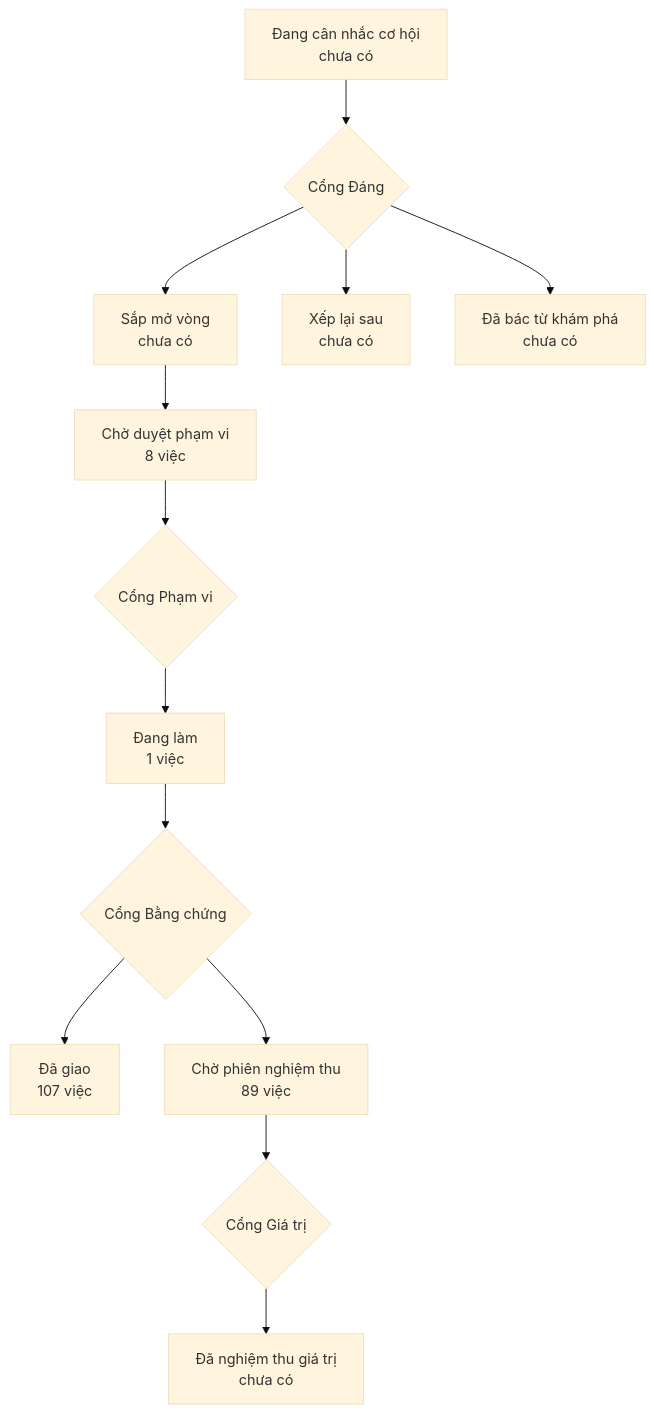
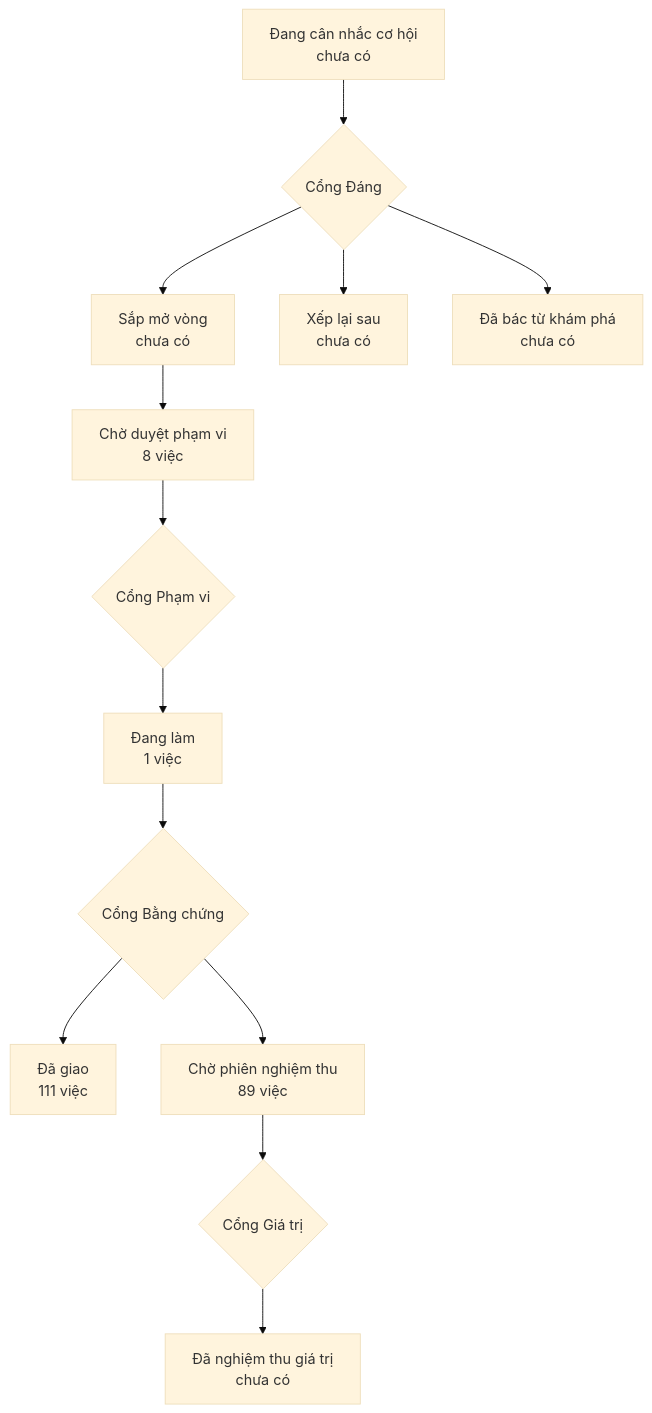
One commit to phanlemanh/onehub-invest changed the diagram in PRODUCT-MAP.md. Above: the diagram before and after it, drawn with Mermaid (base theme). The commit also changed other lines of this file and 1 other file, not shown here.

````diff
--- a/PRODUCT-MAP.md
+++ b/PRODUCT-MAP.md
@@ -7,12 +7,12 @@
 ```mermaid
 flowchart TD
   A["Đang cân nhắc cơ hội<br/>chưa có"] --> GD{"Cổng Đáng"}
   GD --> B["Sắp mở vòng<br/>chưa có"]
   GD --> XL["Xếp lại sau<br/>chưa có"]
   GD --> DB["Đã bác từ khám phá<br/>chưa có"]
   B --> CD["Chờ duyệt phạm vi<br/>8 việc"] --> GP{"Cổng Phạm vi"}
   GP --> DL["Đang làm<br/>1 việc"] --> GB{"Cổng Bằng chứng"}
-  GB --> DG["Đã giao<br/>107 việc"]
+  GB --> DG["Đã giao<br/>111 việc"]
   GB --> CN["Chờ phiên nghiệm thu<br/>89 việc"] --> GG{"Cổng Giá trị"}
   GG --> NT["Đã nghiệm thu giá trị<br/>chưa có"]
 ```
````
